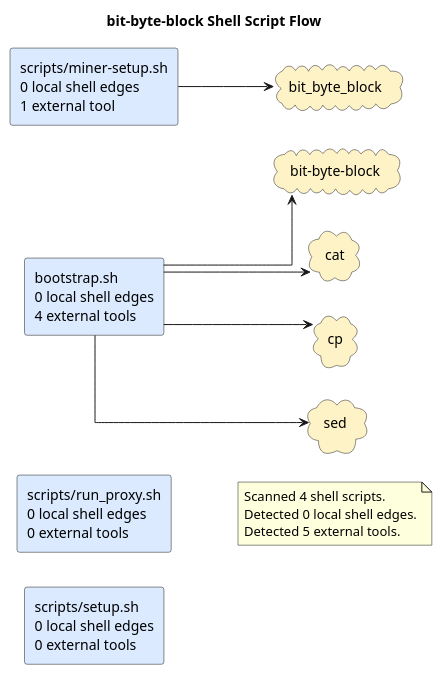
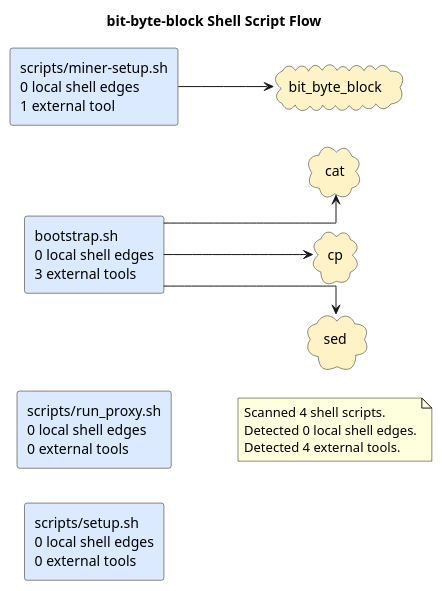
Before and after one commit to casonk/bit-byte-block: the diagram in docs/diagrams/shell-call-graph.puml, drawn with PlantUML. The commit also changed 5 other files, not shown here.

First line of the commit message:
docs: refresh architecture diagrams (#7)

```diff
--- a/docs/diagrams/shell-call-graph.puml
+++ b/docs/diagrams/shell-call-graph.puml
@@ -1,27 +1,25 @@
 @startuml
 title bit-byte-block Shell Script Flow
 left to right direction
 skinparam shadowing false
 skinparam defaultFontName Monospace
 skinparam componentStyle rectangle
 skinparam linetype ortho
-rectangle "bootstrap.sh\n0 local shell edges\n4 external tools" as shell_bootstrap_sh #DBEAFE
+rectangle "bootstrap.sh\n0 local shell edges\n3 external tools" as shell_bootstrap_sh #DBEAFE
 rectangle "scripts/miner-setup.sh\n0 local shell edges\n1 external tool" as shell_scripts_miner_setup_sh #DBEAFE
 rectangle "scripts/run_proxy.sh\n0 local shell edges\n0 external tools" as shell_scripts_run_proxy_sh #DBEAFE
 rectangle "scripts/setup.sh\n0 local shell edges\n0 external tools" as shell_scripts_setup_sh #DBEAFE
-cloud "bit-byte-block" as tool_bit_byte_block #FEF3C7
-cloud "bit_byte_block" as tool_bit_byte_block_2 #FEF3C7
+cloud "bit_byte_block" as tool_bit_byte_block #FEF3C7
 cloud "cat" as tool_cat #FEF3C7
 cloud "cp" as tool_cp #FEF3C7
 cloud "sed" as tool_sed #FEF3C7
-shell_bootstrap_sh --> tool_bit_byte_block
 shell_bootstrap_sh --> tool_cat
 shell_bootstrap_sh --> tool_cp
 shell_bootstrap_sh --> tool_sed
-shell_scripts_miner_setup_sh --> tool_bit_byte_block_2
+shell_scripts_miner_setup_sh --> tool_bit_byte_block
 note as shellGraphSummary
 Scanned 4 shell scripts.
 Detected 0 local shell edges.
-Detected 5 external tools.
+Detected 4 external tools.
 end note
 @enduml
```
